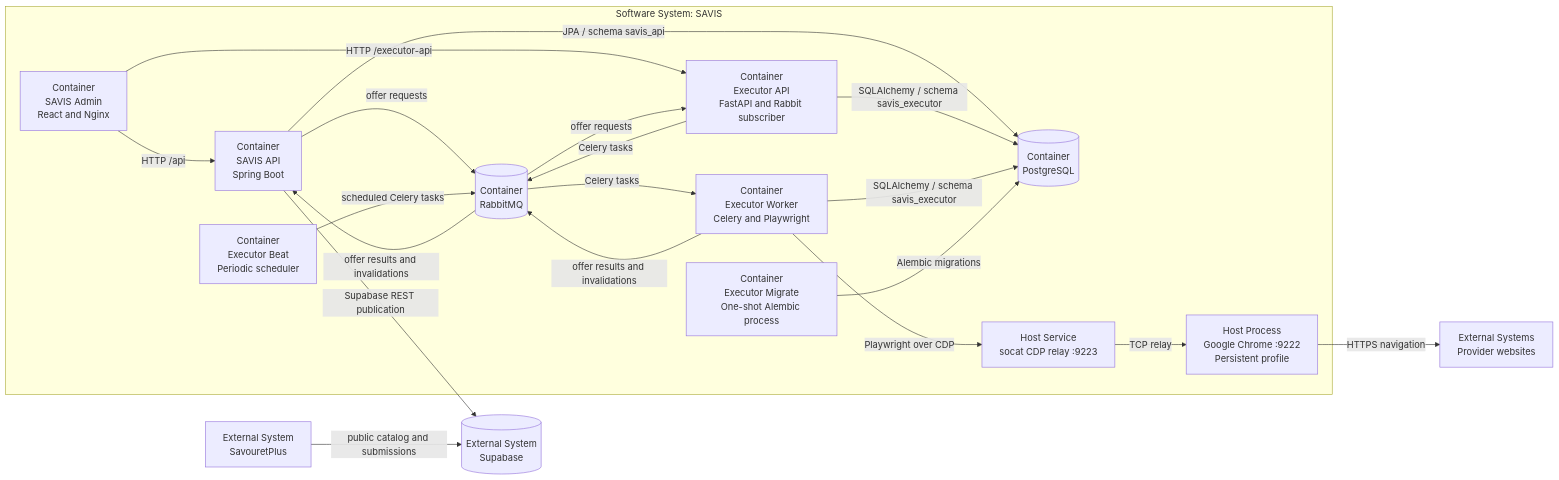
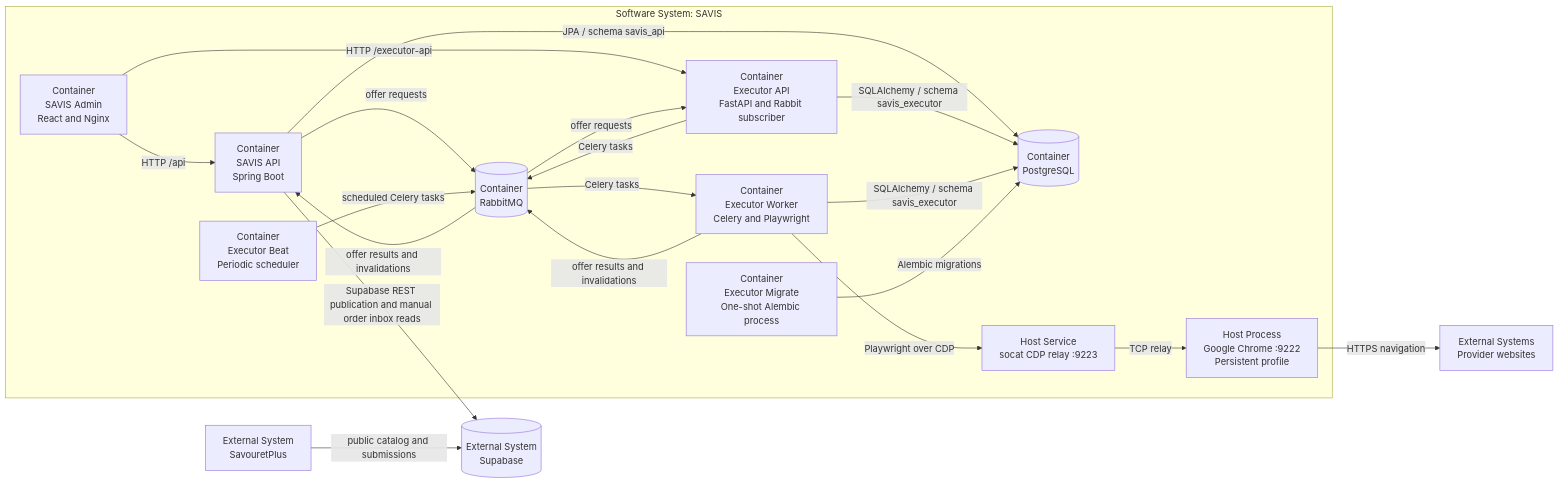
One commit to wiljeanlouis/savis changed the second of 19 diagrams in docs/ARCHITECTURE.md. Above: the diagram before and after it, drawn with Mermaid. The commit also changed other lines of this file and 84 other files, not shown here.

````diff
--- a/docs/ARCHITECTURE.md
+++ b/docs/ARCHITECTURE.md
@@ -156,42 +158,42 @@
 ```mermaid
 flowchart LR
   subgraph SAVIS["Software System: SAVIS"]
     Admin["Container<br/>SAVIS Admin<br/>React and Nginx"]
     Api["Container<br/>SAVIS API<br/>Spring Boot"]
     ExecutorApi["Container<br/>Executor API<br/>FastAPI and Rabbit subscriber"]
     Worker["Container<br/>Executor Worker<br/>Celery and Playwright"]
     Beat["Container<br/>Executor Beat<br/>Periodic scheduler"]
     Migrate["Container<br/>Executor Migrate<br/>One-shot Alembic process"]
     Rabbit[("Container<br/>RabbitMQ")]
     Postgres[("Container<br/>PostgreSQL")]
     ChromeRelay["Host Service<br/>socat CDP relay :9223"]
     Chrome["Host Process<br/>Google Chrome :9222<br/>Persistent profile"]
   end
 
   Providers["External Systems<br/>Provider websites"]
   Supabase[("External System<br/>Supabase")]
   Storefront["External System<br/>SavouretPlus"]
 
   Admin -->|HTTP /api| Api
   Admin -->|HTTP /executor-api| ExecutorApi
 
   Api -->|JPA / schema savis_api| Postgres
   ExecutorApi -->|SQLAlchemy / schema savis_executor| Postgres
   Worker -->|SQLAlchemy / schema savis_executor| Postgres
   Migrate -->|Alembic migrations| Postgres
 
   Api -->|offer requests| Rabbit
   Rabbit -->|offer results and invalidations| Api
   ExecutorApi -->|Celery tasks| Rabbit
   Rabbit -->|Celery tasks| Worker
   Rabbit -->|offer requests| ExecutorApi
   Beat -->|scheduled Celery tasks| Rabbit
   Worker -->|offer results and invalidations| Rabbit
 
   Worker -->|Playwright over CDP| ChromeRelay
   ChromeRelay -->|TCP relay| Chrome
   Chrome -->|HTTPS navigation| Providers
 
-  Api -->|Supabase REST publication| Supabase
+  Api -->|Supabase REST publication and manual order inbox reads| Supabase
   Storefront -->|public catalog and submissions| Supabase
 ```
````
